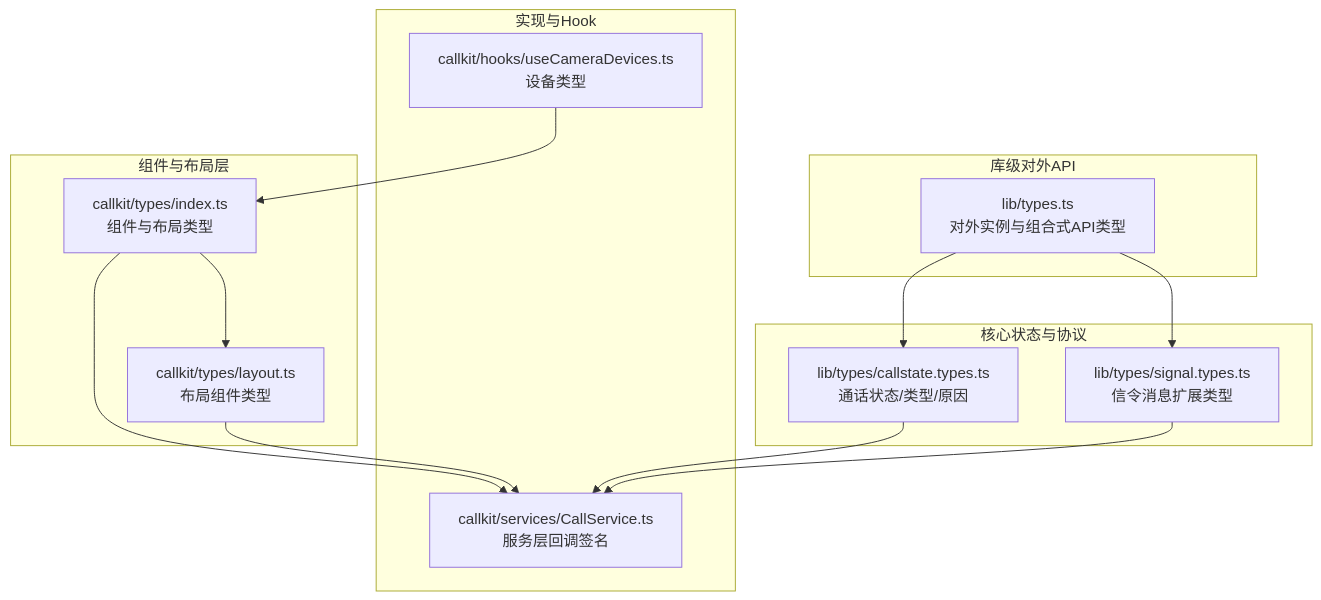
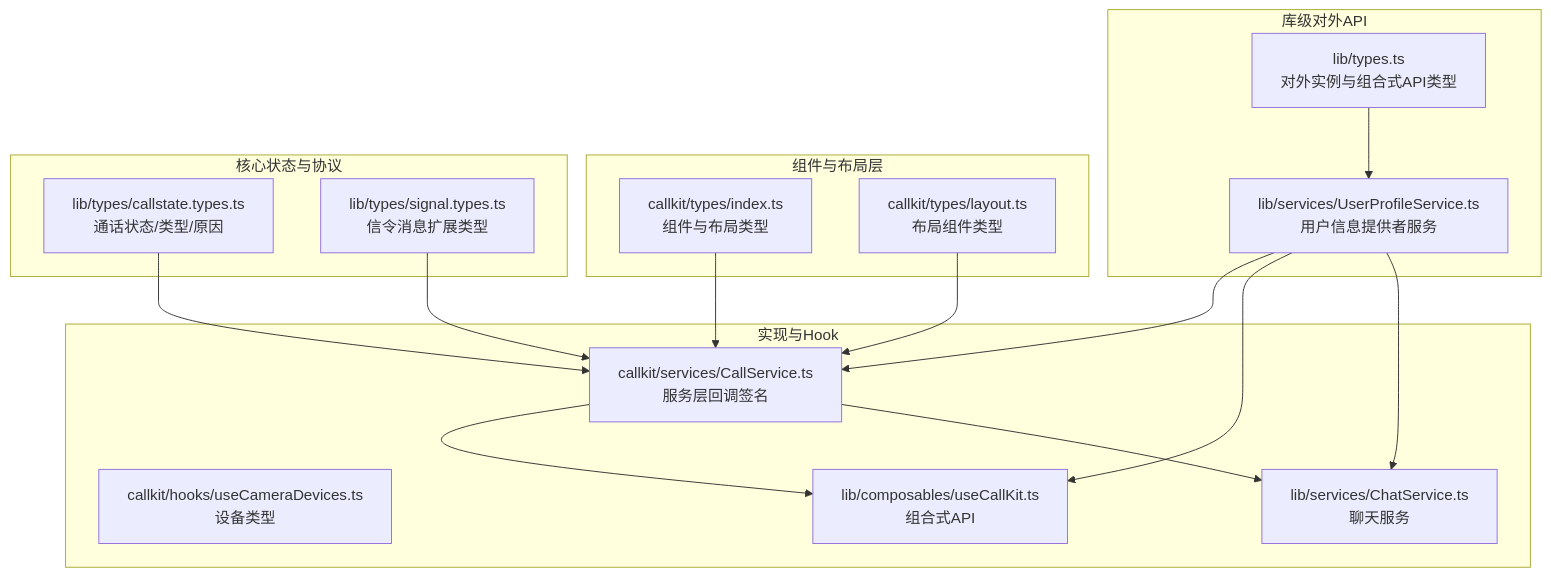
One commit to Easemob-Community/easemob-uikit-callkit-vue3 changed the first of 9 diagrams in .qoder/repowiki/zh/content/类型定义.md. Above: the diagram before and after it, drawn with Mermaid. The commit also changed other lines of this file and 15 other files, not shown here.

````diff
--- a/.qoder/repowiki/zh/content/类型定义.md
+++ b/.qoder/repowiki/zh/content/类型定义.md
@@ -39,26 +53,31 @@
 ```mermaid
 graph TB
+subgraph "库级对外API"
+A["lib/types.ts<br/>对外实例与组合式API类型"]
+B["lib/services/UserProfileService.ts<br/>用户信息提供者服务"]
+end
 subgraph "组件与布局层"
-A["callkit/types/index.ts<br/>组件与布局类型"]
-B["callkit/types/layout.ts<br/>布局组件类型"]
-end
-subgraph "库级对外API"
-C["lib/types.ts<br/>对外实例与组合式API类型"]
+C["callkit/types/index.ts<br/>组件与布局类型"]
+D["callkit/types/layout.ts<br/>布局组件类型"]
 end
 subgraph "核心状态与协议"
-D["lib/types/callstate.types.ts<br/>通话状态/类型/原因"]
-E["lib/types/signal.types.ts<br/>信令消息扩展类型"]
+E["lib/types/callstate.types.ts<br/>通话状态/类型/原因"]
+F["lib/types/signal.types.ts<br/>信令消息扩展类型"]
 end
 subgraph "实现与Hook"
-F["callkit/services/CallService.ts<br/>服务层回调签名"]
-G["callkit/hooks/useCameraDevices.ts<br/>设备类型"]
+G["callkit/services/CallService.ts<br/>服务层回调签名"]
+H["callkit/hooks/useCameraDevices.ts<br/>设备类型"]
+I["lib/composables/useCallKit.ts<br/>组合式API"]
+J["lib/services/ChatService.ts<br/>聊天服务"]
 end
 A --> B
-C --> D
-C --> E
-A --> F
-B --> F
-D --> F
-E --> F
-G --> A
+C --> G
+D --> G
+E --> G
+F --> G
+B --> G
+B --> I
+B --> J
+G --> I
+G --> J
 ```
````
